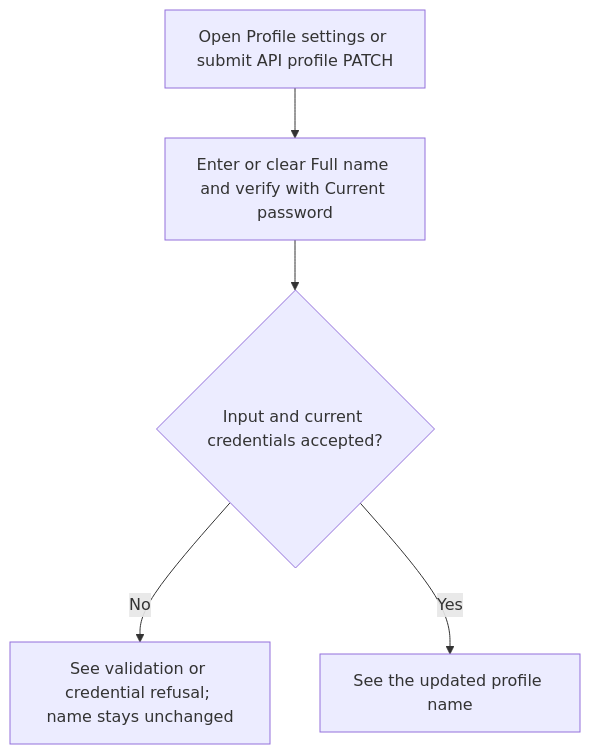
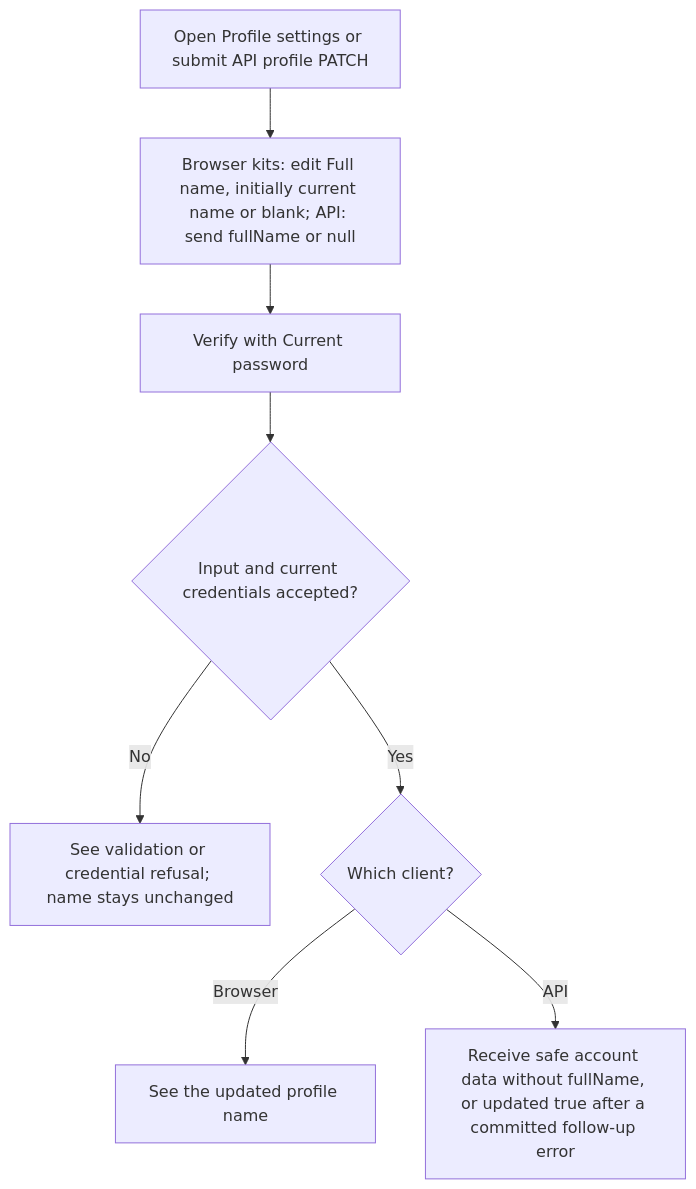
One commit to Kevinjohn/oss-adonisjs-starter-examples changed the first of 2 diagrams in user-stories/accounts/us-account-03-update-profile.md. Above: the diagram before and after it, drawn with Mermaid. The commit also changed other lines of this file and 8 other files, not shown here.

````diff
--- a/user-stories/accounts/us-account-03-update-profile.md
+++ b/user-stories/accounts/us-account-03-update-profile.md
@@ -30,7 +30,10 @@
 ```mermaid
 flowchart TD
-    A["Open Profile settings or submit API profile PATCH"] --> B["Enter or clear Full name and verify with Current password"]
-    B --> C{"Input and current credentials accepted?"}
-    C -->|No| D["See validation or credential refusal; name stays unchanged"]
-    C -->|Yes| E["See the updated profile name"]
+    A["Open Profile settings or submit API profile PATCH"] --> B["Browser kits: edit Full name, initially current name or blank; API: send fullName or null"]
+    B --> C["Verify with Current password"]
+    C --> D{"Input and current credentials accepted?"}
+    D -->|No| E["See validation or credential refusal; name stays unchanged"]
+    D -->|Yes| F{"Which client?"}
+    F -->|Browser| G["See the updated profile name"]
+    F -->|API| H["Receive safe account data without fullName, or updated true after a committed follow-up error"]
 ```
````
